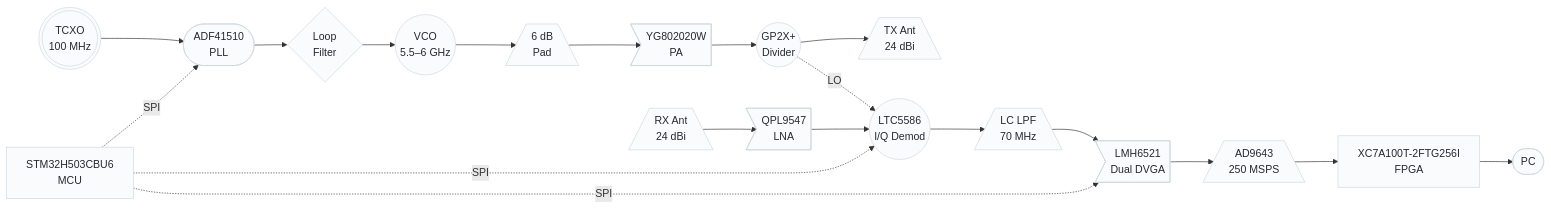
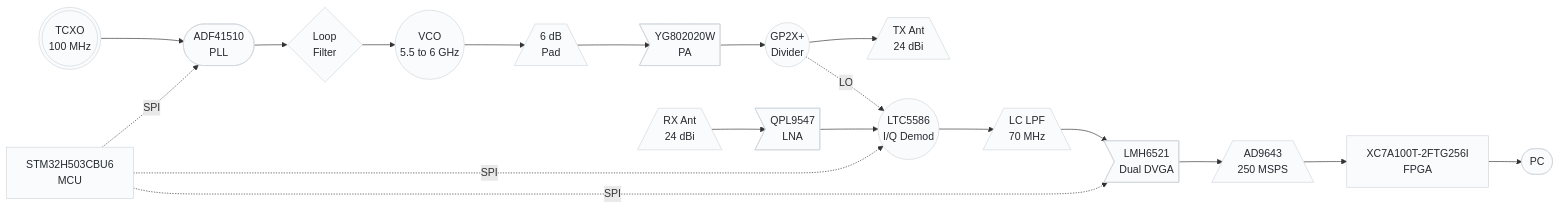
The first of 4 diagrams in README.md (oliskcz/Lyrion-Radar), drawn with Mermaid before and after one commit. The commit also changed other lines of this file and 2 other files, not shown here.

Commit message:
Rewrite docs in natural prose: remove em dashes, en dashes, and middot separators; write ranges as 'to'; convert bullet lists to prose or numbered lists; keep all data, minus signs, formulas, diagrams, and badges intact

````diff
--- a/README.md
+++ b/README.md
@@ -78,51 +73,51 @@
 ```mermaid
 flowchart LR
     %% Chirp Source
     REF((("TCXO<br/>100 MHz")))
     PLL(["ADF41510<br/>PLL"])
     LF{"Loop<br/>Filter"}
-    VCO(("VCO<br/>5.5–6 GHz"))
+    VCO(("VCO<br/>5.5 to 6 GHz"))
 
     %% TX Chain
     PAD[/"6 dB<br/>Pad"\]
     PA>"YG802020W<br/>PA"]
     DIV(("GP2X+<br/>Divider"))
     TXANT[/"TX Ant<br/>24 dBi"\]
 
     %% RX Chain
     RXANT[/"RX Ant<br/>24 dBi"\]
     LNA>"QPL9547<br/>LNA"]
     IQDEM(("LTC5586<br/>I/Q Demod"))
     LPF[/"LC LPF<br/>70 MHz"\]
     DVGA>"LMH6521<br/>Dual DVGA"]
 
     %% Digital
     ADC[/"AD9643<br/>250 MSPS"\]
     FPGA["XC7A100T-2FTG256I<br/>FPGA"]
     MCU["STM32H503CBU6<br/>MCU"]
     PC(["PC"])
 
     %% Chirp Source flow
     REF --> PLL --> LF --> VCO
 
     %% TX flow
     VCO --> PAD --> PA --> DIV
     DIV --> TXANT
     DIV -. LO .-> IQDEM
 
     %% RX flow
     RXANT --> LNA --> IQDEM
     IQDEM --> LPF --> DVGA --> ADC --> FPGA --> PC
 
     %% MCU control
     MCU -. SPI .-> PLL
     MCU -. SPI .-> IQDEM
     MCU -. SPI .-> DVGA
 
     %% Subtle styling
     classDef chirp fill:#fafbfc,stroke:#d0d7de,color:#24292f
     classDef rf fill:#fafbfc,stroke:#d0d7de,color:#24292f
     classDef digital fill:#fafbfc,stroke:#d0d7de,color:#24292f
 
     class REF,PLL,LF,VCO,PAD,PA,DIV,TXANT,RXANT,LNA,IQDEM,LPF,DVGA,ADC,FPGA,MCU,PC chirp
 ```
````
